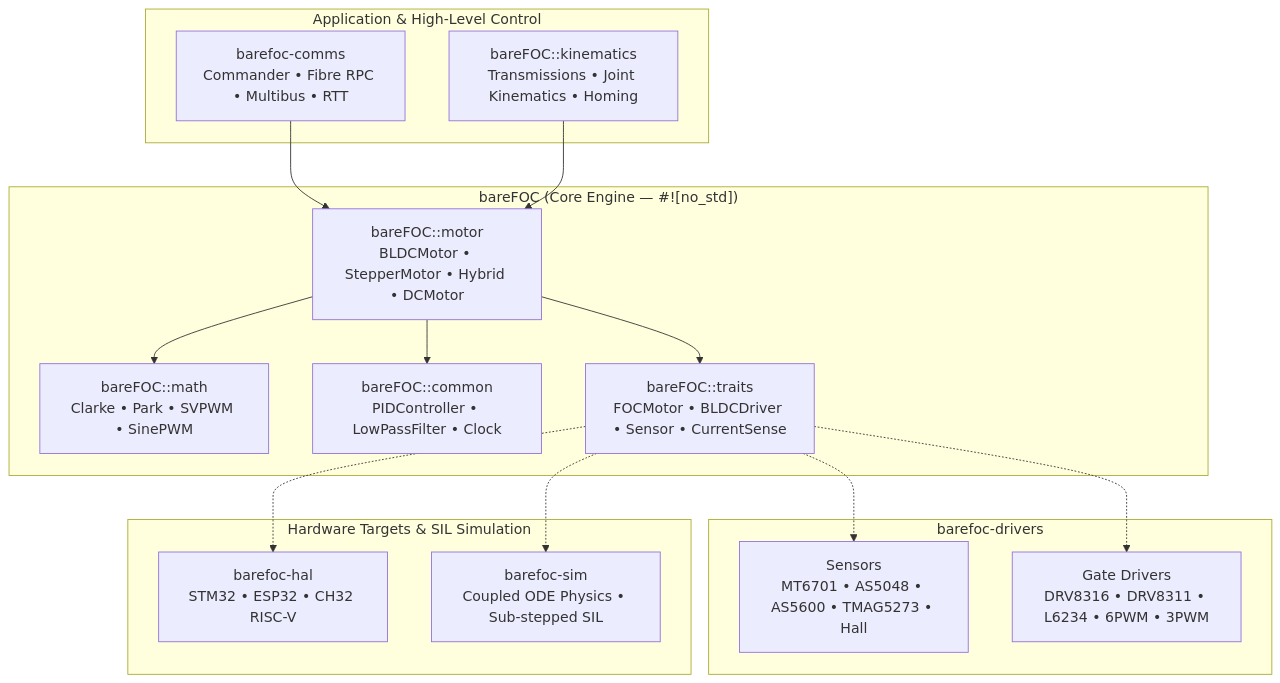
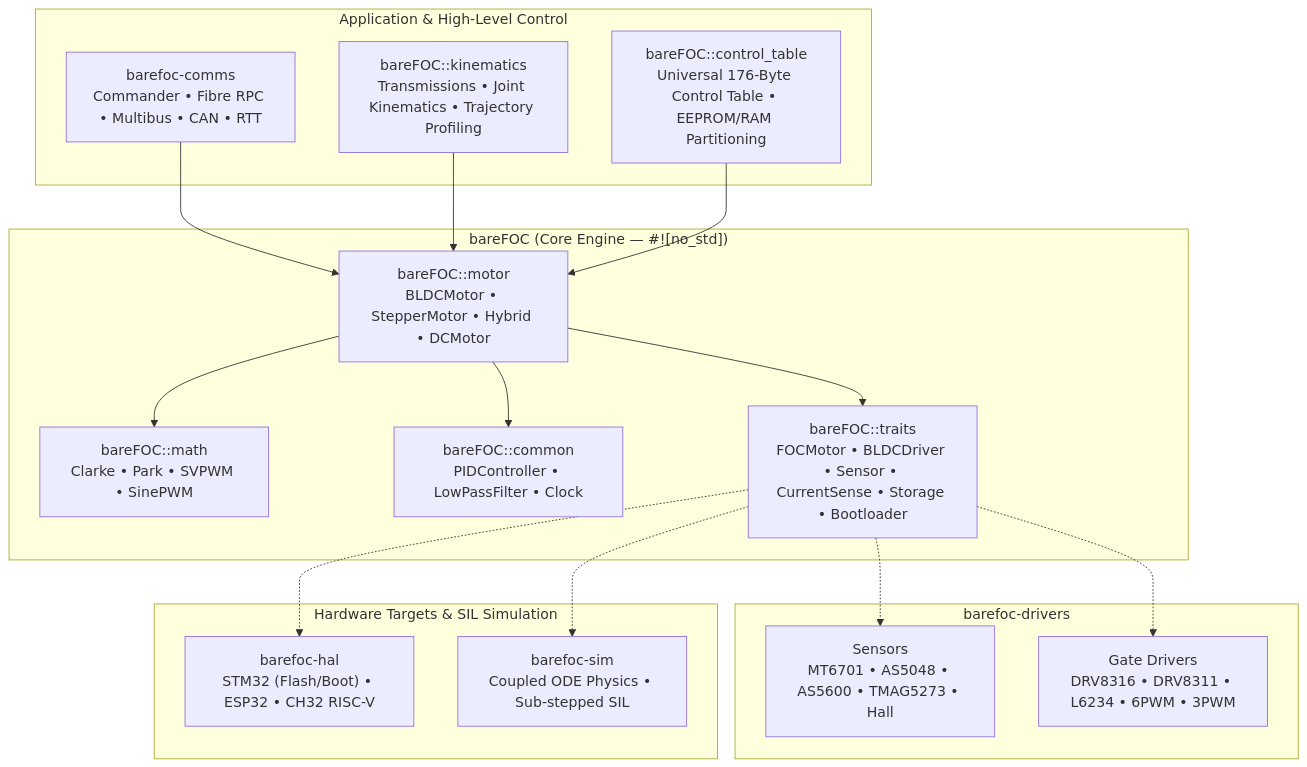
The first of 2 diagrams in index.md (bareFOC/barefoc.github.io), drawn with Mermaid before and after one commit. The commit also changed other lines of this file and 11 other files, not shown here.

Commit message:
docs: add universal control table, flash storage, trajectory profiling, and CAN protocol

````diff
--- a/index.md
+++ b/index.md
@@ -42,34 +42,36 @@
 ```mermaid
 graph TD
     subgraph App ["Application & High-Level Control"]
-        COM["barefoc-comms<br/>Commander • Fibre RPC • Multibus • RTT"]
-        KIN["bareFOC::kinematics<br/>Transmissions • Joint Kinematics • Homing"]
+        COM["barefoc-comms<br/>Commander • Fibre RPC • Multibus • CAN • RTT"]
+        KIN["bareFOC::kinematics<br/>Transmissions • Joint Kinematics • Trajectory Profiling"]
+        TABLE["bareFOC::control_table<br/>Universal 176-Byte Control Table • EEPROM/RAM Partitioning"]
     end
 
     subgraph Core ["bareFOC (Core Engine — #![no_std])"]
         MOTOR["bareFOC::motor<br/>BLDCMotor • StepperMotor • Hybrid • DCMotor"]
         MATH["bareFOC::math<br/>Clarke • Park • SVPWM • SinePWM"]
         COMMON["bareFOC::common<br/>PIDController • LowPassFilter • Clock"]
-        TRAITS["bareFOC::traits<br/>FOCMotor • BLDCDriver • Sensor • CurrentSense"]
+        TRAITS["bareFOC::traits<br/>FOCMotor • BLDCDriver • Sensor • CurrentSense • Storage • Bootloader"]
     end
 
     subgraph Drivers ["barefoc-drivers"]
         SENS["Sensors<br/>MT6701 • AS5048 • AS5600 • TMAG5273 • Hall"]
         GATE["Gate Drivers<br/>DRV8316 • DRV8311 • L6234 • 6PWM • 3PWM"]
     end
 
     subgraph Target ["Hardware Targets & SIL Simulation"]
-        HAL["barefoc-hal<br/>STM32 • ESP32 • CH32 RISC-V"]
+        HAL["barefoc-hal<br/>STM32 (Flash/Boot) • ESP32 • CH32 RISC-V"]
         SIM["barefoc-sim<br/>Coupled ODE Physics • Sub-stepped SIL"]
     end
 
     COM --> MOTOR
     KIN --> MOTOR
+    TABLE --> MOTOR
     MOTOR --> MATH
     MOTOR --> COMMON
     MOTOR --> TRAITS
     TRAITS -.-> SENS
     TRAITS -.-> GATE
     TRAITS -.-> HAL
     TRAITS -.-> SIM
 ```
````
